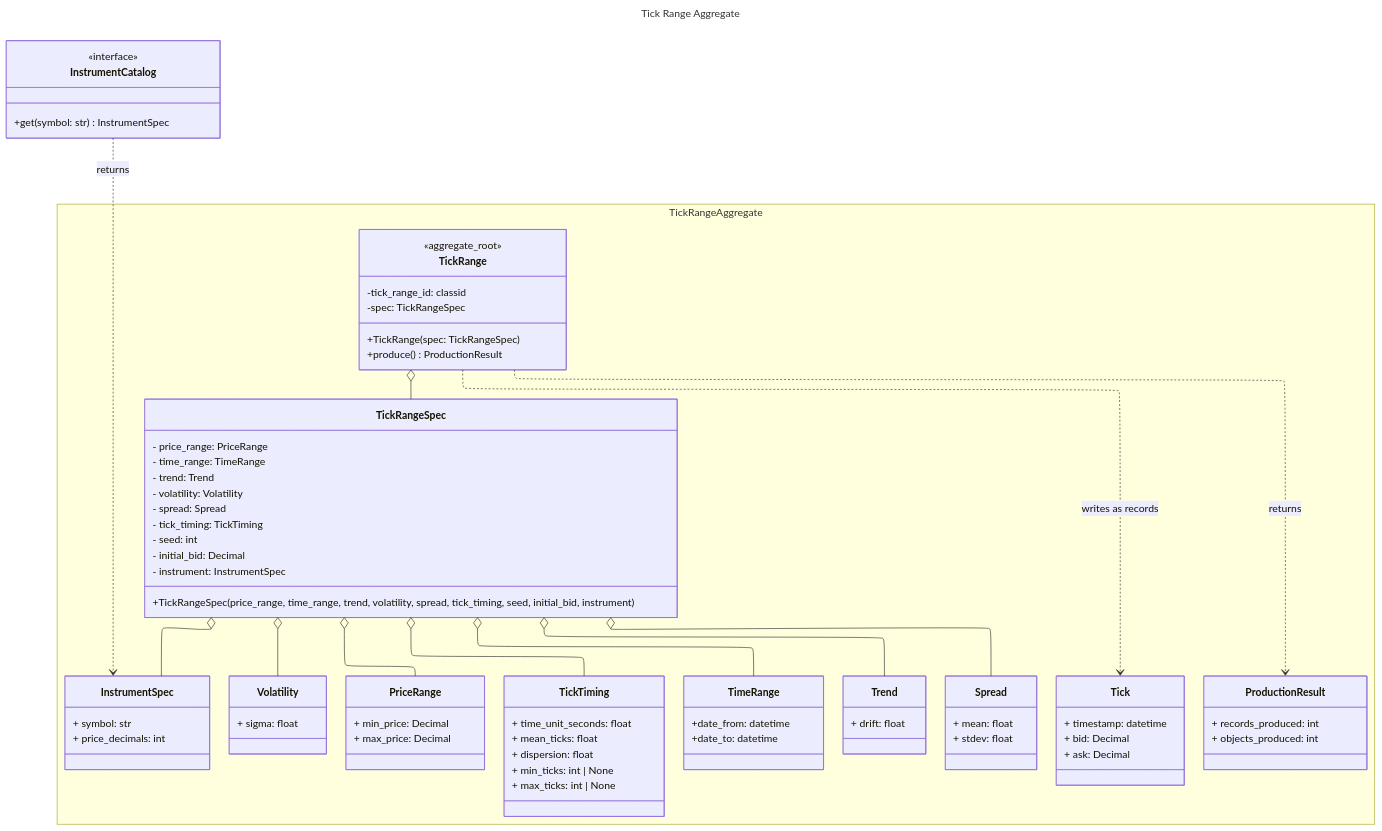
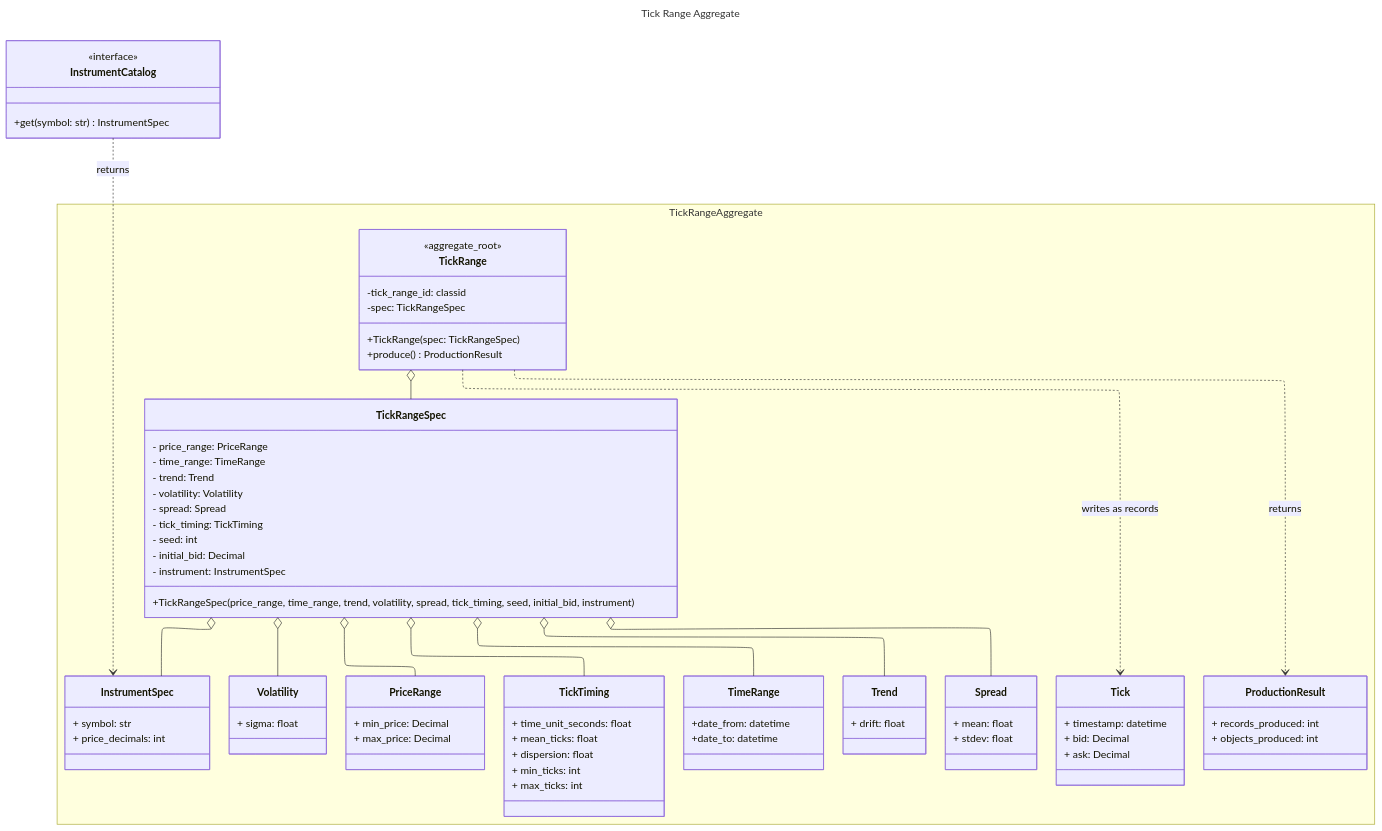
One commit to mchiuminatto/synthetick changed the second of 4 diagrams in docs/design/domain-analysis.md. Above: the diagram before and after it, drawn with Mermaid. The commit also changed other lines of this file, not shown here.

```diff
--- a/docs/design/domain-analysis.md
+++ b/docs/design/domain-analysis.md
@@ -141,8 +141,8 @@
     + time_unit_seconds: float
     + mean_ticks: float
     + dispersion: float
-    + min_ticks: int | None
-    + max_ticks: int | None
+    + min_ticks: int
+    + max_ticks: int
   }
 
   class InstrumentSpec{
```
